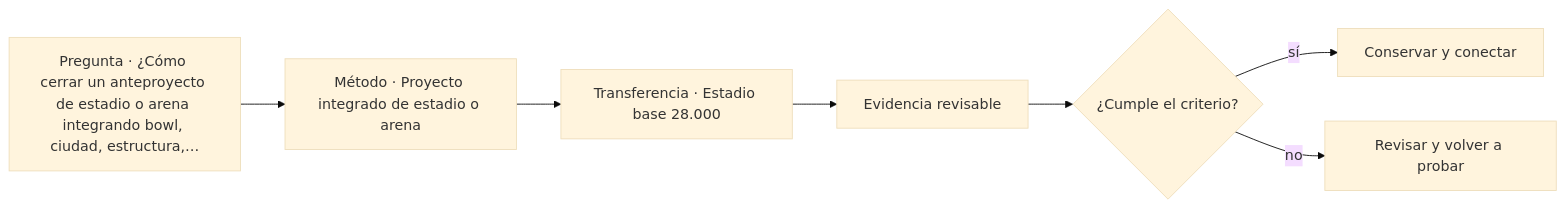
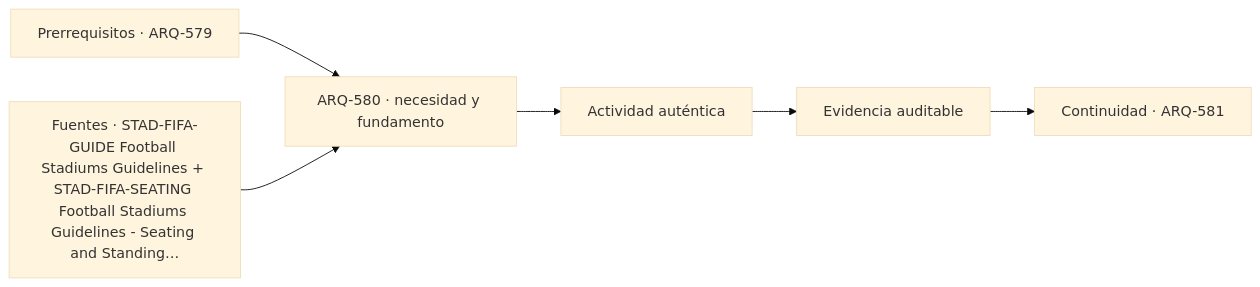
The diagram in classes/parte-58/ARQ-580.md (vladimiracunadev-create/architecture-built-environment-learning-program), drawn with Mermaid (base theme) before and after one commit. The commit also changed other lines of this file and 761 other files, not shown here.

````diff
--- a/classes/parte-58/ARQ-580.md
+++ b/classes/parte-58/ARQ-580.md
@@ -105,9 +117,8 @@
 ```mermaid
 flowchart LR
-    Q["Pregunta · ¿Cómo cerrar un anteproyecto de estadio o arena integrando bowl, ciudad, estructura,…"] --> M["Método · Proyecto integrado de estadio o arena"]
-    M --> P["Transferencia · Estadio base 28.000"]
-    P --> E["Evidencia revisable"]
-    E --> C{"¿Cumple el criterio?"}
-    C -->|sí| T["Conservar y conectar"]
-    C -->|no| R["Revisar y volver a probar"]
+    A["Prerrequisitos · ARQ-579"] --> B["ARQ-580 · necesidad y fundamento"]
+    S["Fuentes · STAD-FIFA-GUIDE Football Stadiums Guidelines + STAD-FIFA-SEATING Football Stadiums Guidelines - Seating and Standing…"] --> B
+    B --> C["Actividad auténtica"]
+    C --> D["Evidencia auditable"]
+    D --> E["Continuidad · ARQ-581"]
 ```
````
